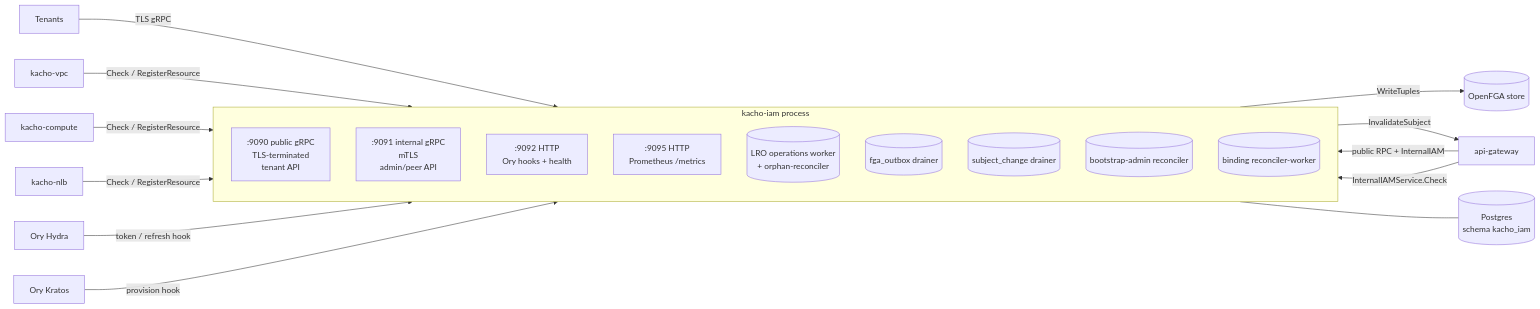
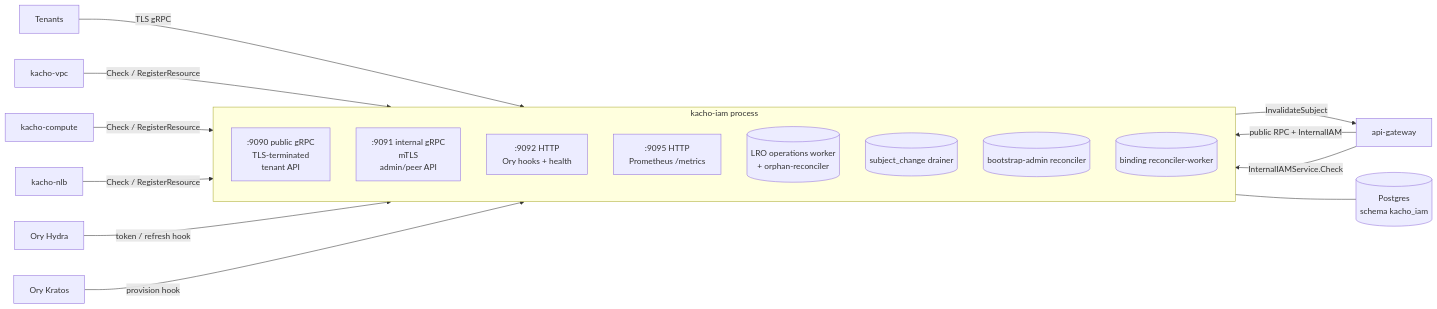
Before and after one commit to PRO-Robotech/kacho: the first of 3 diagrams in services/iam/docs/engineering/components/00-overview.md, drawn with Mermaid. The commit also changed other lines of this file and 589 other files, not shown here.

````diff
--- a/services/iam/docs/engineering/components/00-overview.md
+++ b/services/iam/docs/engineering/components/00-overview.md
@@ -68,31 +73,29 @@
 ```mermaid
 flowchart LR
     subgraph iam[kacho-iam process]
         direction TB
         gRPCpub[":9090 public gRPC<br/>TLS-terminated<br/>tenant API"]
         gRPCint[":9091 internal gRPC<br/>mTLS<br/>admin/peer API"]
         hooks[":9092 HTTP<br/>Ory hooks + health"]
         metrics[":9095 HTTP<br/>Prometheus /metrics"]
 
         lro[(LRO operations worker<br/>+ orphan-reconciler)]
-        fgaDr[(fga_outbox drainer)]
         subjDr[(subject_change drainer)]
         bootDr[(bootstrap-admin reconciler)]
         rsab[(binding reconciler-worker)]
     end
 
     Tenants -- TLS gRPC --> gRPCpub
     APIGW[api-gateway] -- public RPC + InternalIAM --> gRPCpub
     APIGW -- InternalIAMService.Check --> gRPCint
     VPC[kacho-vpc] -- Check / RegisterResource --> gRPCint
     Compute[kacho-compute] -- Check / RegisterResource --> gRPCint
     NLB[kacho-nlb] -- Check / RegisterResource --> gRPCint
 
     Hydra[Ory Hydra] -- token / refresh hook --> hooks
     Kratos[Ory Kratos] -- provision hook --> hooks
 
-    fgaDr -- WriteTuples --> OpenFGA[(OpenFGA store)]
     subjDr -- InvalidateSubject --> APIGW
 
     iam --- Postgres[("Postgres<br/>schema kacho_iam")]
 ```
````
